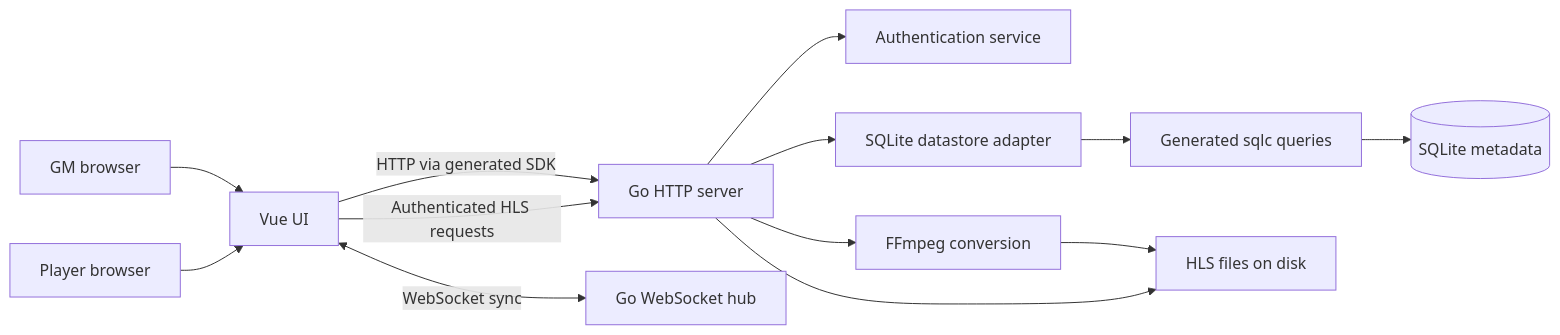
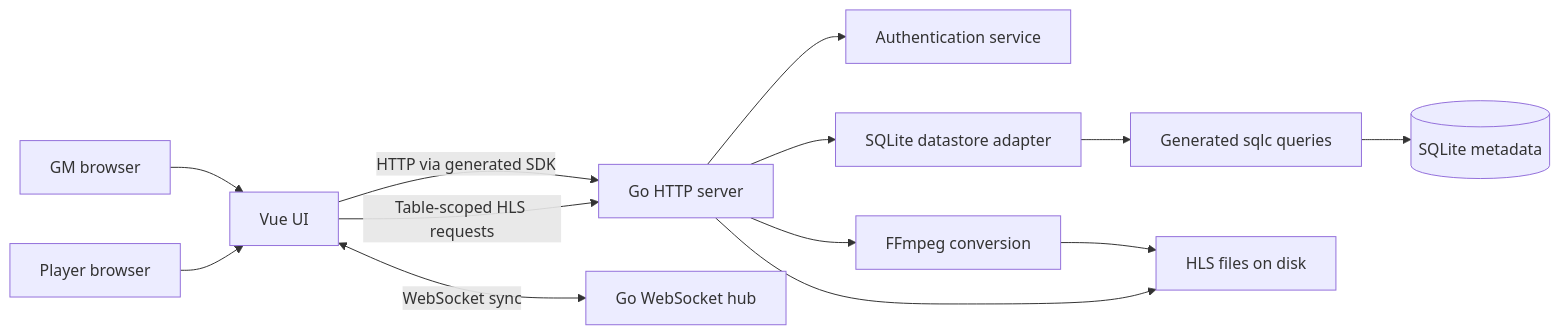
Before and after one commit to terrabitz/rpg-audio-streamer: the diagram in docs/architecture.md, drawn with Mermaid. The commit also changed other lines of this file and 60 other files, not shown here.

````diff
--- a/docs/architecture.md
+++ b/docs/architecture.md
@@ -11,15 +11,15 @@
 ```mermaid
 flowchart LR
   GM[GM browser] --> UI[Vue UI]
   Player[Player browser] --> UI
   UI -->|HTTP via generated SDK| API[Go HTTP server]
   UI <-->|WebSocket sync| Hub[Go WebSocket hub]
-  UI -->|Authenticated HLS requests| API
+  UI -->|Table-scoped HLS requests| API
   API --> Auth[Authentication service]
   API --> Store[SQLite datastore adapter]
   Store --> Queries[Generated sqlc queries]
   Queries --> DB[(SQLite metadata)]
   API --> FFmpeg[FFmpeg conversion]
   FFmpeg --> Uploads[HLS files on disk]
   API --> Uploads
 ```
````
